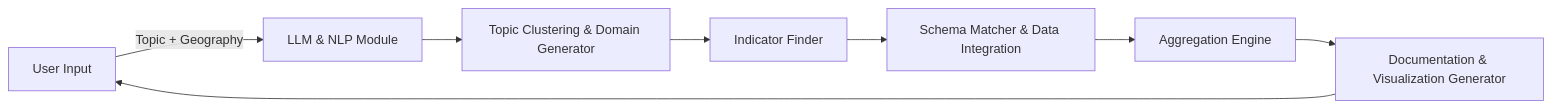
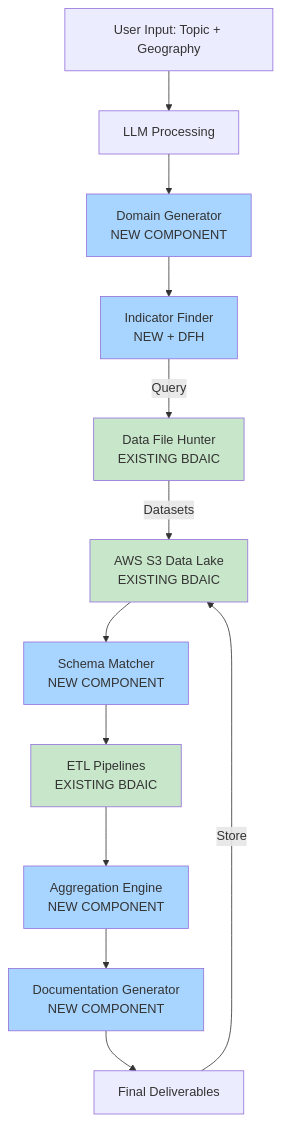
Before and after one commit to ZainAlsaadBelmontU/bdaic-dia-internal-workflow: the second of 3 diagrams in README.md, drawn with Mermaid. The commit also changed other lines of this file, not shown here.

````diff
--- a/README.md
+++ b/README.md
@@ -192,11 +165,28 @@
 ```mermaid
-flowchart LR
-    User[User Input] -->|Topic + Geography| LLM[LLM & NLP Module]
-    LLM --> Clustering[Topic Clustering & Domain Generator]
-    Clustering --> Indicators[Indicator Finder]
-    Indicators --> Integration[Schema Matcher & Data Integration]
-    Integration --> Aggregation[Aggregation Engine]
-    Aggregation --> Outputs[Documentation & Visualization Generator]
-    Outputs --> User
-
+flowchart TD
+    Start[User Input: Topic + Geography] --> LLM[LLM Processing]
+    
+    LLM --> DG[Domain Generator<br/>NEW COMPONENT]
+    DG --> IF[Indicator Finder<br/>NEW + DFH]
+    
+    IF --> |Query| DFH[Data File Hunter<br/>EXISTING BDAIC]
+    DFH --> |Datasets| DL[AWS S3 Data Lake<br/>EXISTING BDAIC]
+    DL --> SM[Schema Matcher<br/>NEW COMPONENT]
+    
+    SM --> ETL[ETL Pipelines<br/>EXISTING BDAIC]
+    ETL --> AE[Aggregation Engine<br/>NEW COMPONENT]
+    
+    AE --> DocGen[Documentation Generator<br/>NEW COMPONENT]
+    DocGen --> Output[Final Deliverables]
+    
+    Output --> |Store| DL
+    
+    style DG fill:#a8d5ff
+    style IF fill:#a8d5ff
+    style SM fill:#a8d5ff
+    style AE fill:#a8d5ff
+    style DocGen fill:#a8d5ff
+    style DFH fill:#c8e6c9
+    style DL fill:#c8e6c9
+    style ETL fill:#c8e6c9
 ```
````
